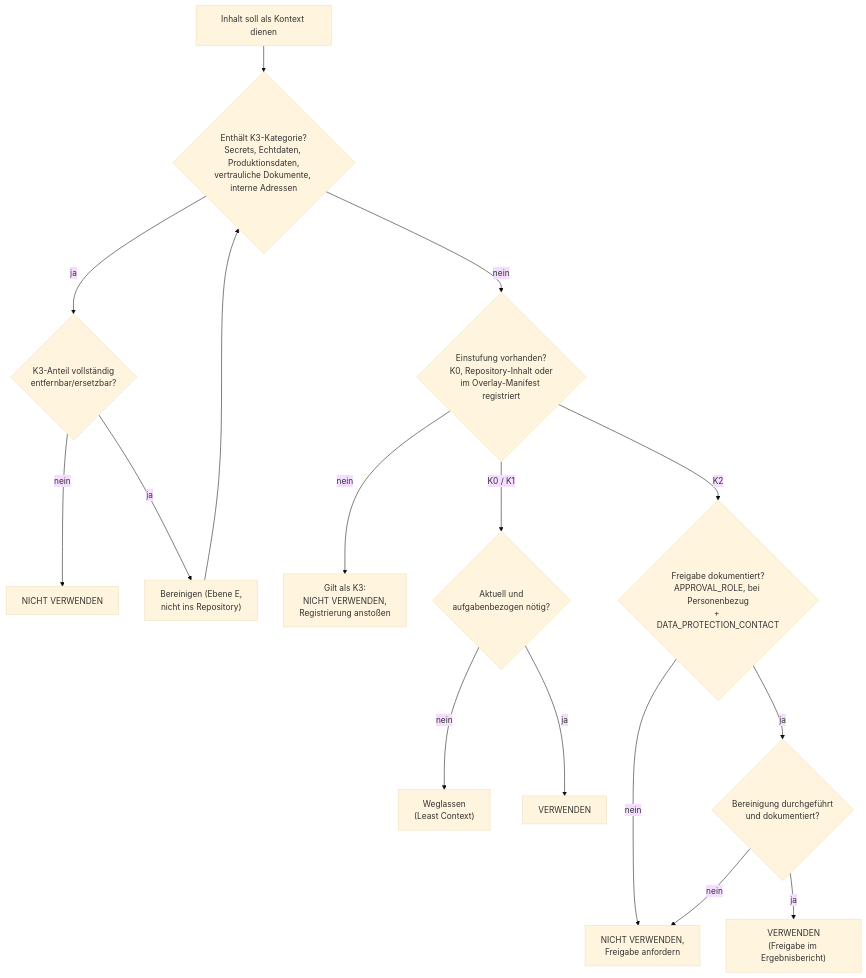
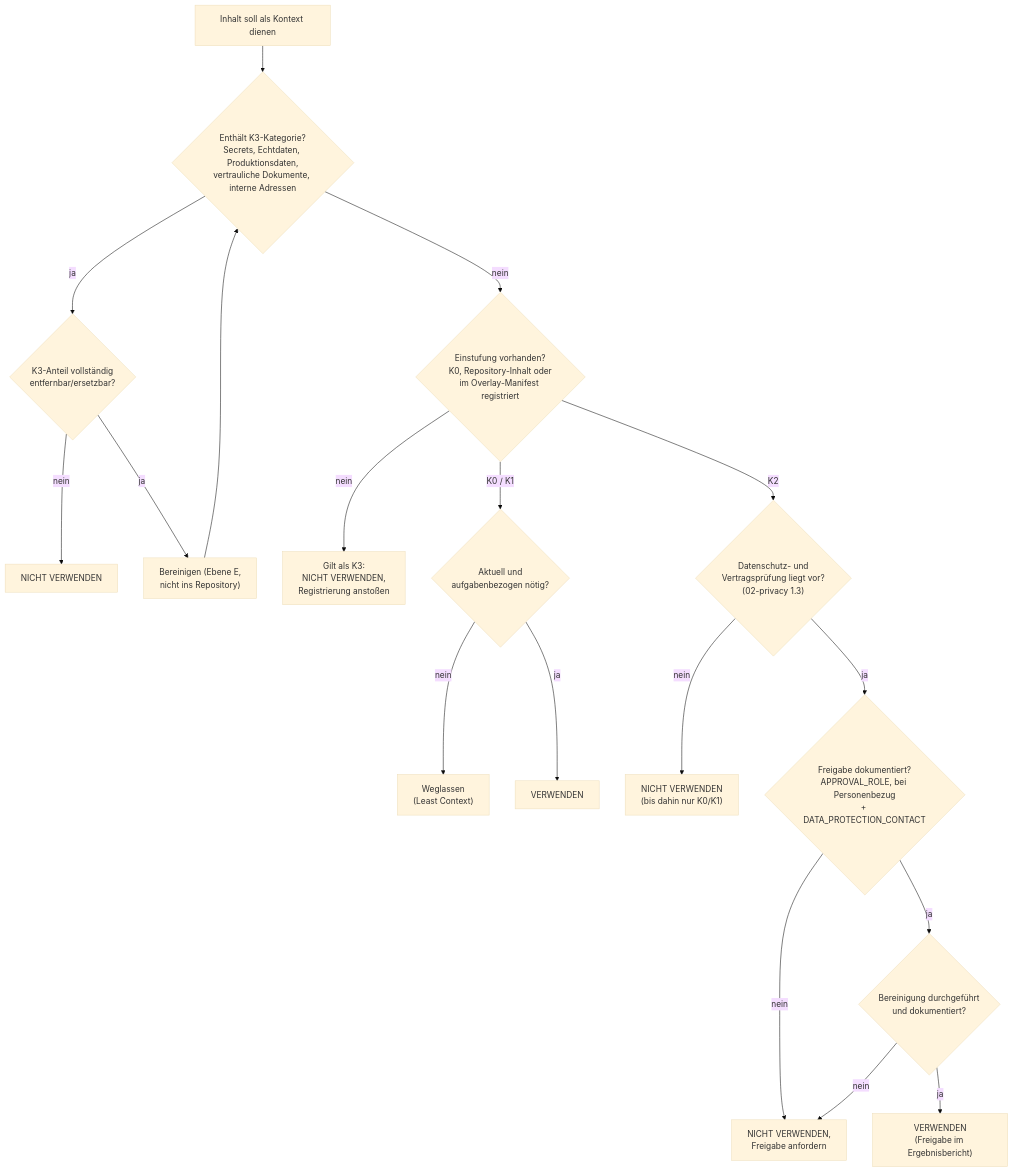
The diagram in .koolie/core/decision-trees/01-context-allowed.md (Renoxar/koolie), drawn with Mermaid (base theme) before and after one commit. The commit also changed other lines of this file and 78 other files, not shown here.

````diff
--- a/.koolie/core/decision-trees/01-context-allowed.md
+++ b/.koolie/core/decision-trees/01-context-allowed.md
@@ -23,17 +23,19 @@
 ```mermaid
 flowchart TD
     A["Inhalt soll als Kontext dienen"] --> B{"Enthält K3-Kategorie?<br/>Secrets, Echtdaten, Produktionsdaten,<br/>vertrauliche Dokumente, interne Adressen"}
     B -- "ja" --> C{"K3-Anteil vollständig<br/>entfernbar/ersetzbar?"}
     C -- "nein" --> X1["NICHT VERWENDEN"]
     C -- "ja" --> D["Bereinigen (Ebene E,<br/>nicht ins Repository)"] --> B
     B -- "nein" --> E{"Einstufung vorhanden?<br/>K0, Repository-Inhalt oder<br/>im Overlay-Manifest registriert"}
     E -- "nein" --> X2["Gilt als K3:<br/>NICHT VERWENDEN,<br/>Registrierung anstoßen"]
     E -- "K0 / K1" --> F{"Aktuell und<br/>aufgabenbezogen nötig?"}
     F -- "nein" --> X3["Weglassen<br/>(Least Context)"]
     F -- "ja" --> OK1["VERWENDEN"]
-    E -- "K2" --> G{"Freigabe dokumentiert?<br/>APPROVAL_ROLE, bei Personenbezug<br/>+ DATA_PROTECTION_CONTACT"}
+    E -- "K2" --> P{"Datenschutz- und<br/>Vertragsprüfung liegt vor?<br/>(02-privacy 1.3)"}
+    P -- "nein" --> X5["NICHT VERWENDEN<br/>(bis dahin nur K0/K1)"]
+    P -- "ja" --> G{"Freigabe dokumentiert?<br/>APPROVAL_ROLE, bei Personenbezug<br/>+ DATA_PROTECTION_CONTACT"}
     G -- "nein" --> X4["NICHT VERWENDEN,<br/>Freigabe anfordern"]
     G -- "ja" --> H{"Bereinigung durchgeführt<br/>und dokumentiert?"}
     H -- "nein" --> X4
     H -- "ja" --> OK2["VERWENDEN<br/>(Freigabe im Ergebnisbericht)"]
 ```
````
